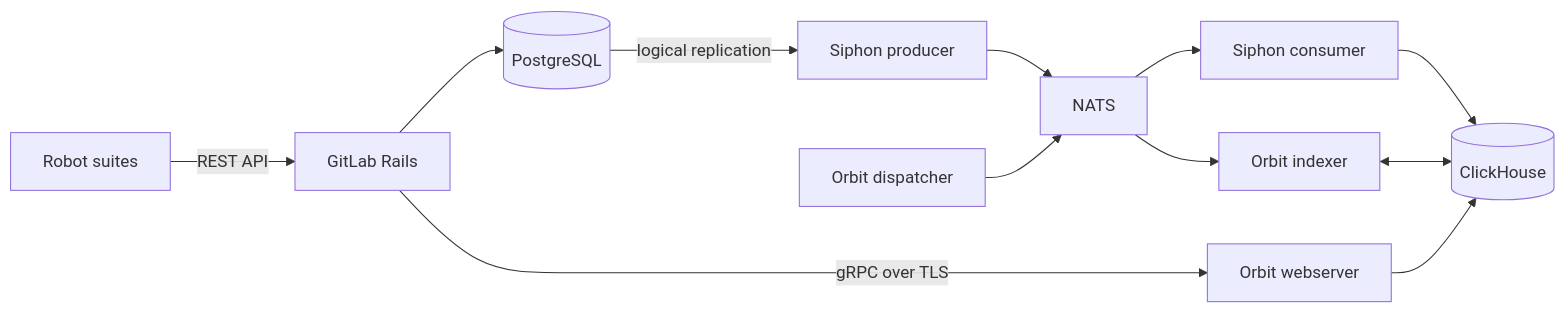
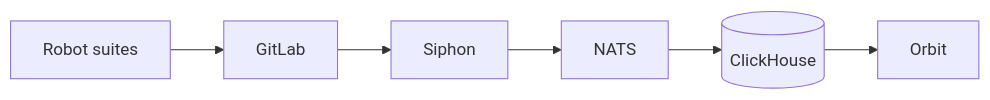
Before and after one commit to gitlabhq/orbit-knowledge-graph: the diagram in docs/pages/engineering/development/e2e-testing.md, drawn with Mermaid. The commit also changed 8 other files, not shown here.

Commit message:
docs(testing): rewrite the end-to-end page and use banner diagrams

````diff
--- a/docs/pages/engineering/development/e2e-testing.md
+++ b/docs/pages/engineering/development/e2e-testing.md
@@ -22,14 +22,4 @@
 ```mermaid
 flowchart LR
-    R[Robot suites] -->|REST API| G[GitLab Rails]
-    G --> PG[(PostgreSQL)]
-    PG -->|logical replication| SP[Siphon producer]
-    SP --> N[NATS]
-    N --> SC[Siphon consumer]
-    SC --> CH[(ClickHouse)]
-    D[Orbit dispatcher] --> N
-    N --> I[Orbit indexer]
-    I <--> CH
-    G -->|gRPC over TLS| W[Orbit webserver]
-    W --> CH
+    R[Robot suites] --> G[GitLab] --> SP[Siphon] --> N[NATS] --> CH[(ClickHouse)] --> O[Orbit]
 ```
````
